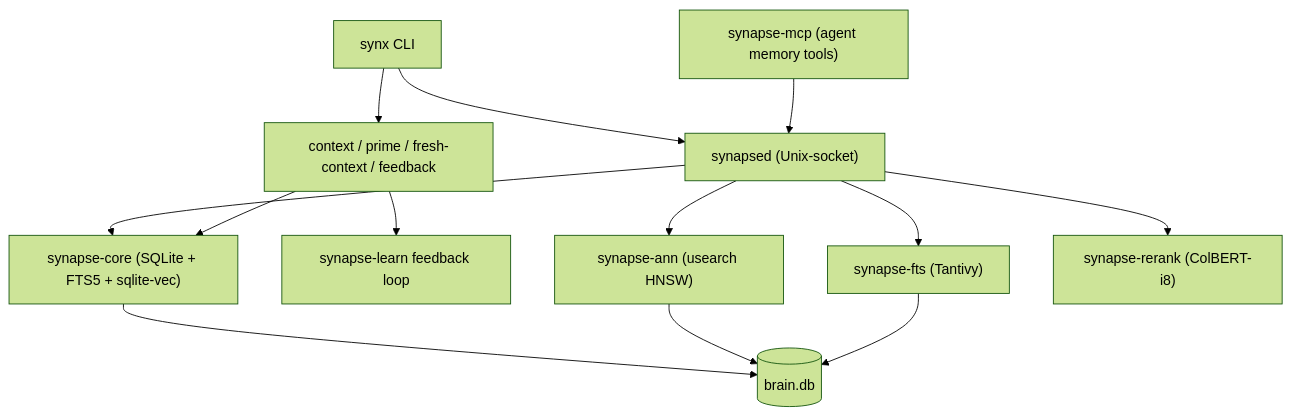
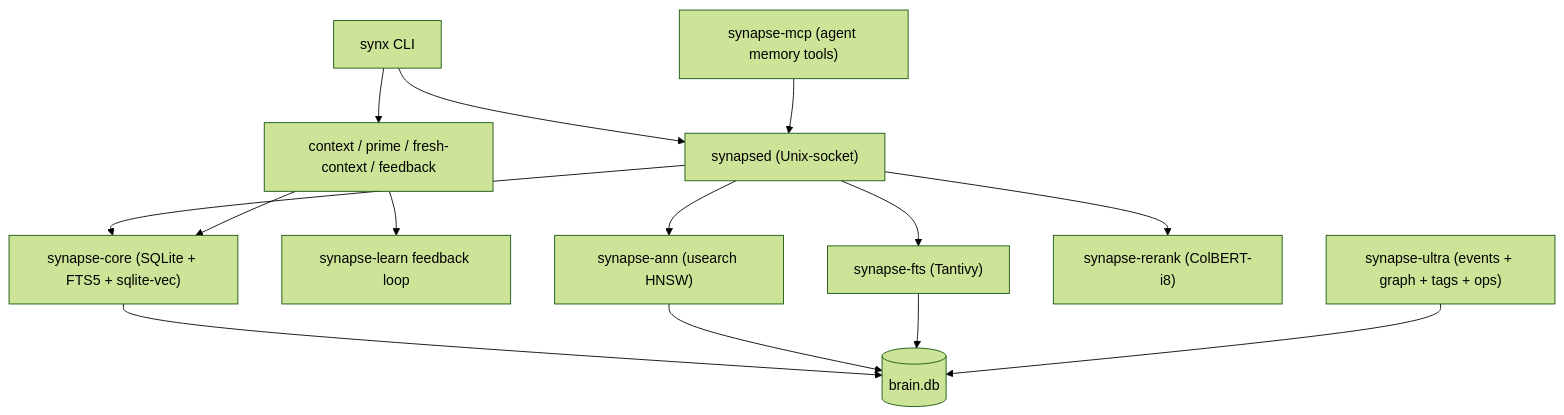
The diagram in README.md (Supersynergy/synapse), drawn with Mermaid (forest theme) before and after one commit. The commit also changed other lines of this file and 2 other files, not shown here.

````diff
--- a/README.md
+++ b/README.md
@@ -64,15 +144,16 @@
 ```mermaid
 graph TD
     CLI["synx CLI"] --> Daemon["synapsed (Unix-socket)"]
     MCP["synapse-mcp (agent memory tools)"] --> Daemon
     Daemon --> Core["synapse-core (SQLite + FTS5 + sqlite-vec)"]
     CLI --> Context["context / prime / fresh-context / feedback"]
     Context --> Core
     Context --> Learn["synapse-learn feedback loop"]
     Daemon --> Ann["synapse-ann (usearch HNSW)"]
     Daemon --> Fts["synapse-fts (Tantivy)"]
     Daemon --> Rerank["synapse-rerank (ColBERT-i8)"]
     Core --> DB[(brain.db)]
     Ann --> DB
     Fts --> DB
+    Ultra["synapse-ultra (events + graph + tags + ops)"] --> DB
 ```
````
